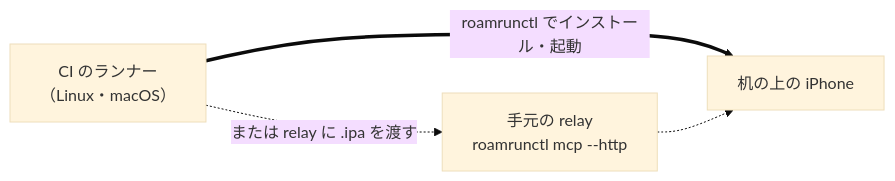
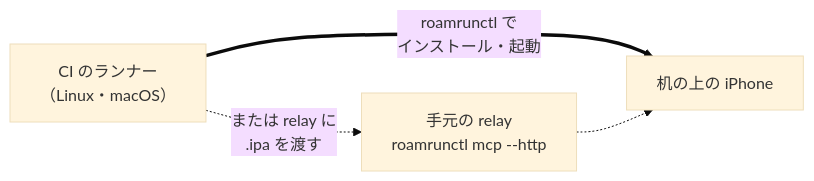
Before and after one commit to mh-mobile/zenn_docs: diagram 13 of 13 in articles/4380fe7546a237.md, drawn with Mermaid (base theme). The commit also changed other lines of this file and 10 other files, not shown here.

````diff
--- a/articles/4380fe7546a237.md
+++ b/articles/4380fe7546a237.md
@@ -198,8 +526,8 @@
 ```mermaid
 flowchart LR
   ci["CI のランナー<br/>（Linux・macOS）"]
   relay["手元の relay<br/>roamrunctl mcp --http"]
   iphone["机の上の iPhone"]
-  ci == "roamrunctl でインストール・起動" ==> iphone
-  ci -. "または relay に .ipa を渡す" .-> relay -.-> iphone
+  ci == "roamrunctl で<br/>インストール・起動" ==> iphone
+  ci -. "または relay に<br/>.ipa を渡す" .-> relay -.-> iphone
 ```
````
